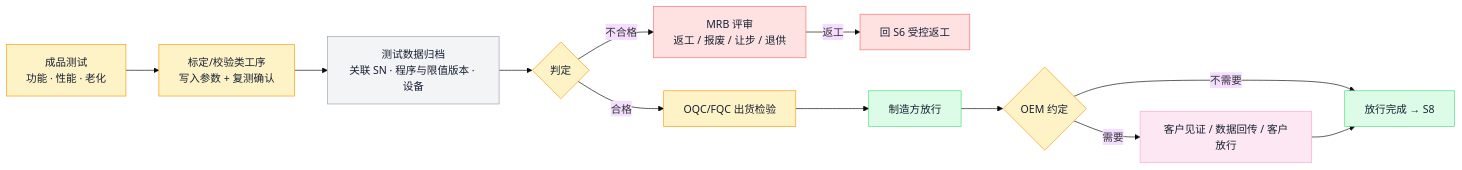
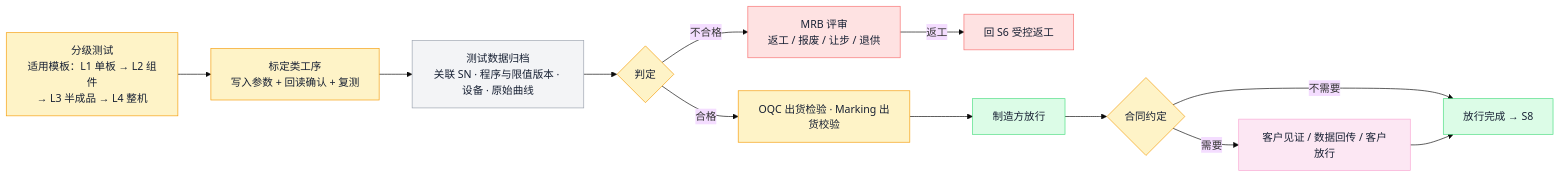
Before and after one commit to ink-hz/AI-Manufacturing-Platform: diagram 14 of 18 in docs/manufacturing-system-handbook.md, drawn with Mermaid (base theme). The commit also changed other lines of this file and 9 other files, not shown here.

First line of the commit message:
docs: OEM revision of handbook, architecture, flows and design document

````diff
--- a/docs/manufacturing-system-handbook.md
+++ b/docs/manufacturing-system-handbook.md
@@ -649,24 +919,24 @@
 ```mermaid
 flowchart LR
-    A[成品测试<br/>功能 · 性能 · 老化] --> B[标定/校验类工序<br/>写入参数 + 复测确认]
-    B --> C[测试数据归档<br/>关联 SN · 程序与限值版本 · 设备]
-    C --> D{判定}
-    D -->|合格| E[OQC/FQC 出货检验]
-    D -->|不合格| F[MRB 评审<br/>返工 / 报废 / 让步 / 退供]
-    F -->|返工| S6[回 S6 受控返工]
-    E --> G[制造方放行]
-    G --> H{OEM 约定}
-    H -->|需要| I[客户见证 / 数据回传 / 客户放行]
-    H -->|不需要| J[放行完成 → S8]
+    A["分级测试<br/>适用模板：L1 单板 → L2 组件<br/>→ L3 半成品 → L4 整机"] --> B["标定类工序<br/>写入参数 + 回读确认 + 复测"]
+    B --> C["测试数据归档<br/>关联 SN · 程序与限值版本 · 设备 · 原始曲线"]
+    C --> D{"判定"}
+    D -->|"合格"| E["OQC 出货检验 · Marking 出货校验"]
+    D -->|"不合格"| F["MRB 评审<br/>返工 / 报废 / 让步 / 退供"]
+    F -->|"返工"| S6X["回 S6 受控返工"]
+    E --> G["制造方放行"]
+    G --> H{"合同约定"}
+    H -->|"需要"| I["客户见证 / 数据回传 / 客户放行"]
+    H -->|"不需要"| J["放行完成 → S8"]
     I --> J
     class A,B,D,E,H qa
     class C store
-    class F,S6 risk
+    class F,S6X risk
     class G,J exec
     class I cust
     classDef qa fill:#FEF3C7,stroke:#F59E0B,color:#172033;
     classDef store fill:#F3F4F6,stroke:#9CA3AF,color:#172033;
     classDef risk fill:#FEE2E2,stroke:#F87171,color:#172033;
     classDef exec fill:#DCFCE7,stroke:#4ADE80,color:#172033;
     classDef cust fill:#FCE7F3,stroke:#F9A8D4,color:#172033;
 ```
````
